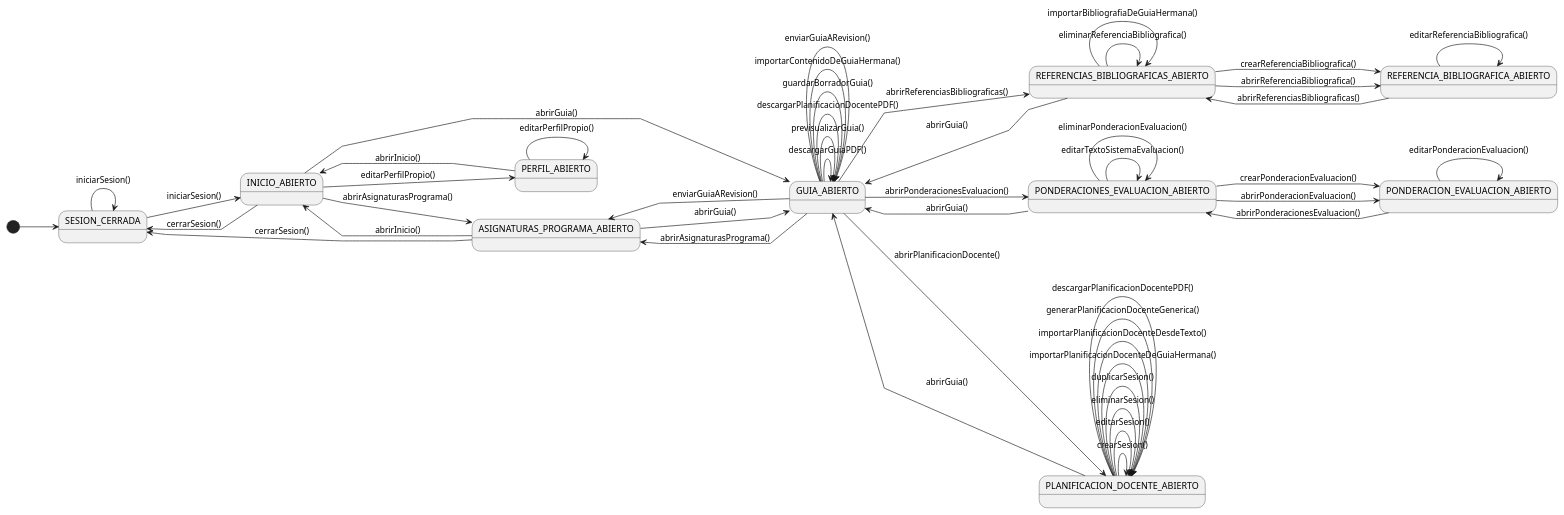
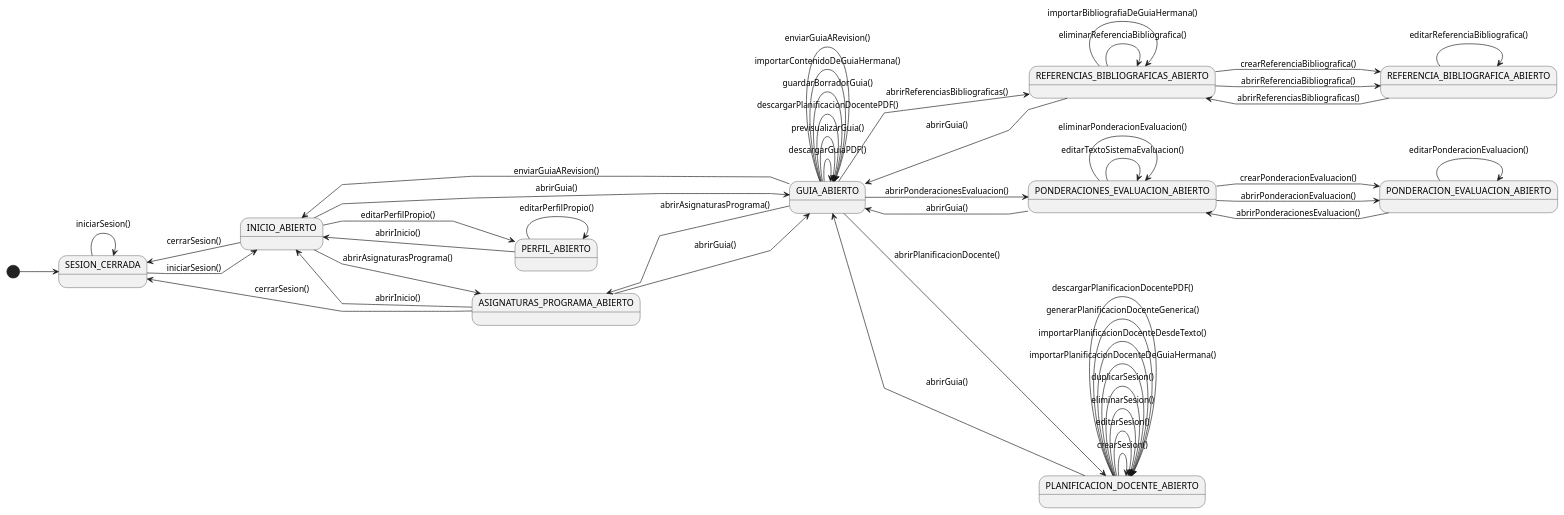
One commit to mmasias/pyCeldaPublico changed the diagram in RUP/01-requisitos/01-actores-casos-uso/diagramaContextoProfesor.puml. Above: the diagram before and after it, drawn with PlantUML. The commit also changed 42 other files, not shown here.

Commit message:
docs: sincroniza el subconjunto público con pyCelda 413834c5 (wireframes de enviar, guardar borrador y eliminar al flujo real, imágenes de vuelta en los manuales)

```diff
--- a/RUP/01-requisitos/01-actores-casos-uso/diagramaContextoProfesor.puml
+++ b/RUP/01-requisitos/01-actores-casos-uso/diagramaContextoProfesor.puml
@@ -1,153 +1,155 @@
 @startuml diagramaContextoProfesor
 
 left to right direction
 skinparam linetype polyline
 
 state SESION_CERRADA
 state INICIO_ABIERTO
 state ASIGNATURAS_PROGRAMA_ABIERTO
 state GUIA_ABIERTO
 state REFERENCIAS_BIBLIOGRAFICAS_ABIERTO
 state REFERENCIA_BIBLIOGRAFICA_ABIERTO
 state PONDERACIONES_EVALUACION_ABIERTO
 state PONDERACION_EVALUACION_ABIERTO
 state PLANIFICACION_DOCENTE_ABIERTO
 state PERFIL_ABIERTO
 
 [*] --> SESION_CERRADA
 
 ' INICIO_ABIERTO es el aterrizaje tras el login (discussion #274, antes era
 ' ASIGNATURAS_PROGRAMA_ABIERTO directamente): la pantalla abrirInicio() compone
 ' "Mis guias" (listado de abrirAsignaturasPrograma() variante Profesor) y "Mis
 ' programas" (abrirProgramas() variante DirectorPrograma, vacio para un Profesor puro).
 ' abrirInicio() es primitiva de navegacion, no cuenta en el catalogo de 102.
 ' ASIGNATURAS_PROGRAMA_ABIERTO se conserva como pantalla completa alcanzable por
 ' deep link / al expandir la seccion "Mis guias".
 SESION_CERRADA --> INICIO_ABIERTO : iniciarSesion()
 ' credenciales invalidas: no hay transicion de estado, self-loop explicito
 ' -- detectado al construir la especificacion de enviarGuiaARevision()
 SESION_CERRADA --> SESION_CERRADA : iniciarSesion()
 INICIO_ABIERTO --> SESION_CERRADA : cerrarSesion()
 ASIGNATURAS_PROGRAMA_ABIERTO --> SESION_CERRADA : cerrarSesion()
 
 ' abrirAsignaturasPrograma(): <<include>> de abrirInicio() (seccion "Mis guias");
 ' tambien pantalla completa por deep link. abrirProgramas() (seccion "Mis programas")
 ' no se dibuja como transicion propia de Profesor -- es vacia para un Profesor
 ' puro y su edge coloreado vive en el diagrama de DirectorPrograma.
 INICIO_ABIERTO --> ASIGNATURAS_PROGRAMA_ABIERTO : abrirAsignaturasPrograma()
 INICIO_ABIERTO --> GUIA_ABIERTO : abrirGuia()
 
 ' editarPerfilPropio() (issue #423): un solo CU para ver+editar, sin abrir()
 ' separado -- se llega directo desde INICIO_ABIERTO al propio (único) perfil,
 ' no hay navegación de lista a detalle que preceda (ver su especificacion.puml).
 INICIO_ABIERTO --> PERFIL_ABIERTO : editarPerfilPropio()
 PERFIL_ABIERTO --> PERFIL_ABIERTO : editarPerfilPropio()
 PERFIL_ABIERTO --> INICIO_ABIERTO : abrirInicio()
 
 ASIGNATURAS_PROGRAMA_ABIERTO --> GUIA_ABIERTO : abrirGuia()
 
 ' crear/editar/eliminar de PonderacionEvaluacion y ReferenciaBibliografica quedan
 ' en memoria hasta que se persisten en guardarBorradorGuia() o enviarGuiaARevision()
 GUIA_ABIERTO --> GUIA_ABIERTO : descargarGuiaPDF()
 
 ' previsualizarGuia(): vista HTML de la guia renderizada con la plantilla oficial,
 ' cualquier estado, aviso si no Aprobada -- misma plantilla que descargarGuiaPDF(),
 ' salida HTML. Sin <<choice>> (disponible en todos los estados). Discussion #218.
 GUIA_ABIERTO --> GUIA_ABIERTO : previsualizarGuia()
 ' descargarPlanificacionDocentePDF(): PDF propio de la planificacion docente, en
 ' cualquier estado (marca de agua en Borrador/Rechazada). Tambien desde la
 ' pantalla de planificacion.
 GUIA_ABIERTO --> GUIA_ABIERTO : descargarPlanificacionDocentePDF()
 
 ' PonderacionEvaluacion: mismo patrón lista/detalle completo que ReferenciaBibliografica
 GUIA_ABIERTO --> PONDERACIONES_EVALUACION_ABIERTO : abrirPonderacionesEvaluacion()
 
 ' editarTextoSistemaEvaluacion() (issue #610): acción propia sobre el mismo
 ' estado, no abre ningún detalle -- el area de texto vive en la propia lista.
 PONDERACIONES_EVALUACION_ABIERTO --> PONDERACIONES_EVALUACION_ABIERTO : editarTextoSistemaEvaluacion()
 PONDERACIONES_EVALUACION_ABIERTO --> PONDERACION_EVALUACION_ABIERTO : crearPonderacionEvaluacion()
 PONDERACIONES_EVALUACION_ABIERTO --> PONDERACION_EVALUACION_ABIERTO : abrirPonderacionEvaluacion()
 PONDERACIONES_EVALUACION_ABIERTO --> PONDERACIONES_EVALUACION_ABIERTO : eliminarPonderacionEvaluacion()
 PONDERACION_EVALUACION_ABIERTO --> PONDERACION_EVALUACION_ABIERTO : editarPonderacionEvaluacion()
 PONDERACION_EVALUACION_ABIERTO --> PONDERACIONES_EVALUACION_ABIERTO : abrirPonderacionesEvaluacion()
 PONDERACIONES_EVALUACION_ABIERTO --> GUIA_ABIERTO : abrirGuia()
 
 ' Planificacion docente: catálogo inline en un único estado (a diferencia de
 ' PonderacionEvaluacion/ReferenciaBibliografica, sin detalle de sesión separado)
 GUIA_ABIERTO --> PLANIFICACION_DOCENTE_ABIERTO : abrirPlanificacionDocente()
 
 PLANIFICACION_DOCENTE_ABIERTO --> PLANIFICACION_DOCENTE_ABIERTO : crearSesion()
 PLANIFICACION_DOCENTE_ABIERTO --> PLANIFICACION_DOCENTE_ABIERTO : editarSesion()
 PLANIFICACION_DOCENTE_ABIERTO --> PLANIFICACION_DOCENTE_ABIERTO : eliminarSesion()
 ' duplicarSesion() (issue #364): copia tipo+descripcion de una Sesion ya persistida y la
 ' inserta justo despues, renumerando +1 las posteriores. Self-loop. Hueco de documentacion
 ' hallado en la auditoria del issue #605: endpoint y boton reales sin reflejo en el diagrama.
 PLANIFICACION_DOCENTE_ABIERTO --> PLANIFICACION_DOCENTE_ABIERTO : duplicarSesion()
 ' importarPlanificacionDocenteDeGuiaHermana(): reemplaza al completo la planificación
 ' docente de la guía con la de una guía importable de una AsignaturaPrograma hermana (mismo
 ' asignatura_id + Asignatura.codigo, FK del issue #181). Self-loop; <<choice>> de
 ' salvaguarda estructural con botón condicional (molde descargarGuiaPDF()). Issue #184.
 PLANIFICACION_DOCENTE_ABIERTO --> PLANIFICACION_DOCENTE_ABIERTO : importarPlanificacionDocenteDeGuiaHermana()
 ' importarPlanificacionDocenteDesdeTexto(): reemplaza al completo la planificación docente de
 ' la guía con la parseada del texto pegado por el Profesor (una Sesion por línea,
 ' CODIGO - Descripción). Self-loop sin salvaguarda: el origen lo aporta el propio
 ' Profesor, no hay hermandad ni guía origen. Issue #552.
 PLANIFICACION_DOCENTE_ABIERTO --> PLANIFICACION_DOCENTE_ABIERTO : importarPlanificacionDocenteDesdeTexto()
 ' generarPlanificacionDocenteGenerica(): arranca la planificación docente de una
 ' guía vacía creando Guia.sesiones_minimas Sesion genéricas (CLASE_TEORICA, sin
 ' descripción, vinculadas, numero 1..N). Self-loop; <<choice>> de vacío (409 si
 ' ya hay sesiones) con botón condicional (solo en el empty-state). Familia del
 ' issue #184, sin lectura cross-programa. Verbo generar (precedente generarGuiasPDF()).
 PLANIFICACION_DOCENTE_ABIERTO --> PLANIFICACION_DOCENTE_ABIERTO : generarPlanificacionDocenteGenerica()
 PLANIFICACION_DOCENTE_ABIERTO --> PLANIFICACION_DOCENTE_ABIERTO : descargarPlanificacionDocentePDF()
 PLANIFICACION_DOCENTE_ABIERTO --> GUIA_ABIERTO : abrirGuia()
 
 ' ReferenciaBibliografica: patrón lista/detalle completo (a diferencia de
 ' AsignaturaPrograma, aquí no existía ya un listado plano en el padre que reutilizar)
 GUIA_ABIERTO --> REFERENCIAS_BIBLIOGRAFICAS_ABIERTO : abrirReferenciasBibliograficas()
 
 REFERENCIAS_BIBLIOGRAFICAS_ABIERTO --> REFERENCIA_BIBLIOGRAFICA_ABIERTO : crearReferenciaBibliografica()
 REFERENCIAS_BIBLIOGRAFICAS_ABIERTO --> REFERENCIA_BIBLIOGRAFICA_ABIERTO : abrirReferenciaBibliografica()
 REFERENCIAS_BIBLIOGRAFICAS_ABIERTO --> REFERENCIAS_BIBLIOGRAFICAS_ABIERTO : eliminarReferenciaBibliografica()
 ' importarBibliografiaDeGuiaHermana(): reemplaza al completo la bibliografía de la guía
 ' con la de una guía importable de una AsignaturaPrograma hermana (mismo asignatura_id +
 ' Asignatura.codigo, FK del issue #181). Self-loop; <<choice>> de salvaguarda estructural
 ' con botón condicional (molde descargarGuiaPDF()). Issue #184.
 ' Guía importable (issue #740): Aprobada, o EnRevision si el Profesor también
 ' imparte el origen; vale para las tres importaciones de guía hermana.
 REFERENCIAS_BIBLIOGRAFICAS_ABIERTO --> REFERENCIAS_BIBLIOGRAFICAS_ABIERTO : importarBibliografiaDeGuiaHermana()
 REFERENCIA_BIBLIOGRAFICA_ABIERTO --> REFERENCIA_BIBLIOGRAFICA_ABIERTO : editarReferenciaBibliografica()
 REFERENCIA_BIBLIOGRAFICA_ABIERTO --> REFERENCIAS_BIBLIOGRAFICAS_ABIERTO : abrirReferenciasBibliograficas()
 REFERENCIAS_BIBLIOGRAFICAS_ABIERTO --> GUIA_ABIERTO : abrirGuia()
 
 ' guardarBorradorGuia(): persiste y sigue editando (self-loop)
 GUIA_ABIERTO --> GUIA_ABIERTO : guardarBorradorGuia()
 
 ' importarContenidoDeGuiaHermana() (issue #409): reemplaza el contenido (temario)
 ' de la guía con el de una guía importable de una AsignaturaPrograma hermana (mismo
 ' asignatura_id + Asignatura.codigo, FK del issue #181) -- tercer campo
 ' importable, familia del issue #184. A diferencia de bibliografía/planificación
 ' docente, contenido es un campo escalar de la propia Guia -- self-loop directo
 ' de GUIA_ABIERTO, sin pantalla propia (control inline en abrirGuia()).
 GUIA_ABIERTO --> GUIA_ABIERTO : importarContenidoDeGuiaHermana()
 
 ' abrirAsignaturasPrograma(): vuelve al listado propio -- lo que quedó en memoria sin
 ' persistir (ver guardarBorradorGuia()/enviarGuiaARevision()) no se garantiza guardado.
 ' Antes modelado como completarGestion() genérico (placeholder de "vuelve al punto
 ' de partida"); el destino ya tenía nombre propio -- corregido al planificar
 ' Análisis (discussion #47), mismo criterio en los tres diagramas de contexto.
 GUIA_ABIERTO --> ASIGNATURAS_PROGRAMA_ABIERTO : abrirAsignaturasPrograma()
 
 ' abrirInicio(): vuelta a la pantalla de inicio desde la pantalla completa de
 ' "Mis guias" (discussion #274)
 ASIGNATURAS_PROGRAMA_ABIERTO --> INICIO_ABIERTO : abrirInicio()
 
 ' enviarGuiaARevision(): persiste, cambia el estado de dominio de la Guia a
 ' EnRevision (ver guia.puml) y cierra la sesión de edición -- ya no es turno del profesor.
+' Con exito vuelve a Inicio, no al listado de asignaturas (issue #855: el frontend
+' navega a /inicio; antes se modelaba ASIGNATURAS_PROGRAMA_ABIERTO).
 ' Asimetria real (ver especificacion.puml de este caso de uso): solo el envio con
 ' exito sale de aqui -- si la suma de PonderacionEvaluacion no da 100%, el sistema
 ' rechaza y la sesion de edicion sigue abierta, de ahi el self-loop de abajo.
-GUIA_ABIERTO --> ASIGNATURAS_PROGRAMA_ABIERTO : enviarGuiaARevision()
+GUIA_ABIERTO --> INICIO_ABIERTO : enviarGuiaARevision()
 GUIA_ABIERTO --> GUIA_ABIERTO : enviarGuiaARevision()
 
 @enduml
```
